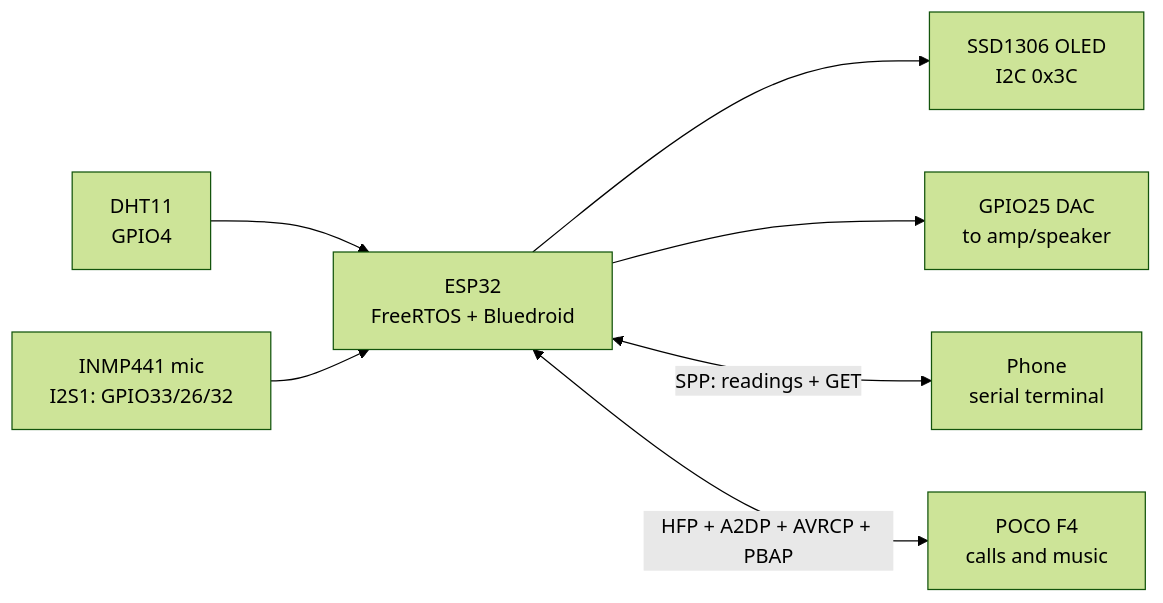
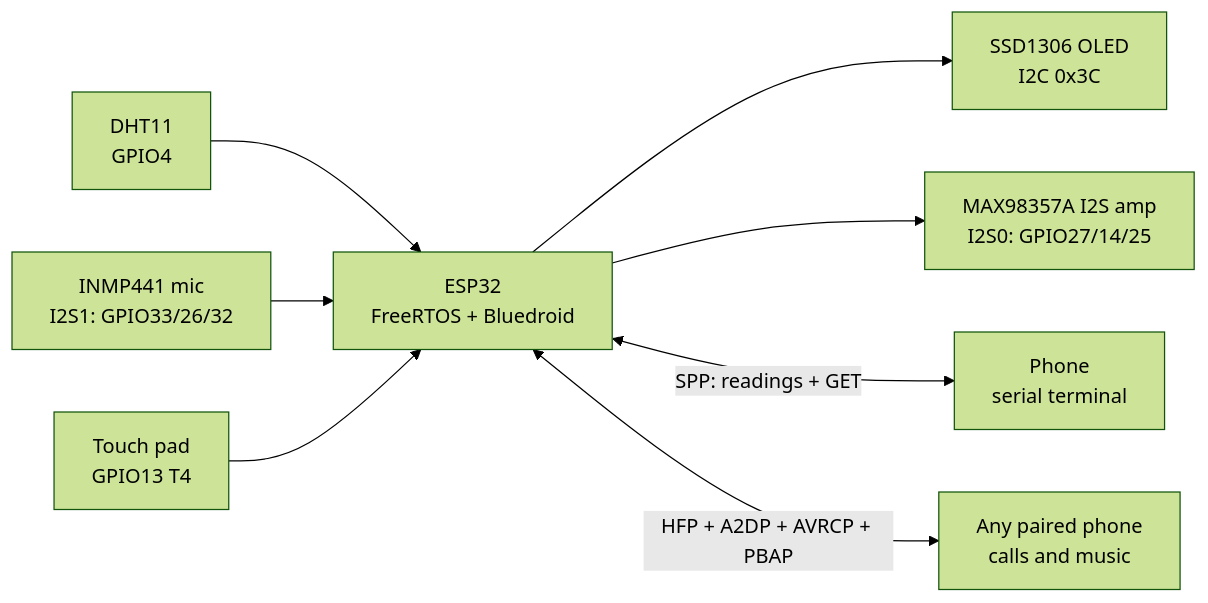
The first of 8 diagrams in docs/PROJECT_GUIDE.md (arjunevaibhavpatil1434-alt/esp32-freertos), drawn with Mermaid (forest theme) before and after one commit. The commit also changed other lines of this file and 2 other files, not shown here.

First line of the commit message:
docs: MAX98357A wiring, touch pad, hfp_mic_test as a product

````diff
--- a/docs/PROJECT_GUIDE.md
+++ b/docs/PROJECT_GUIDE.md
@@ -22,9 +23,10 @@
 ```mermaid
 flowchart LR
     DHT[DHT11<br/>GPIO4] --> ESP[ESP32<br/>FreeRTOS + Bluedroid]
     MIC[INMP441 mic<br/>I2S1: GPIO33/26/32] --> ESP
     ESP --> OLED[SSD1306 OLED<br/>I2C 0x3C]
-    ESP --> DAC[GPIO25 DAC<br/>to amp/speaker]
+    ESP --> AMP[MAX98357A I2S amp<br/>I2S0: GPIO27/14/25]
+    TCH[Touch pad<br/>GPIO13 T4] --> ESP
     ESP <-->|SPP: readings + GET| PH1[Phone<br/>serial terminal]
-    ESP <-->|HFP + A2DP + AVRCP + PBAP| PH2[POCO F4<br/>calls and music]
+    ESP <-->|HFP + A2DP + AVRCP + PBAP| PH2[Any paired phone<br/>calls and music]
 ```
````
